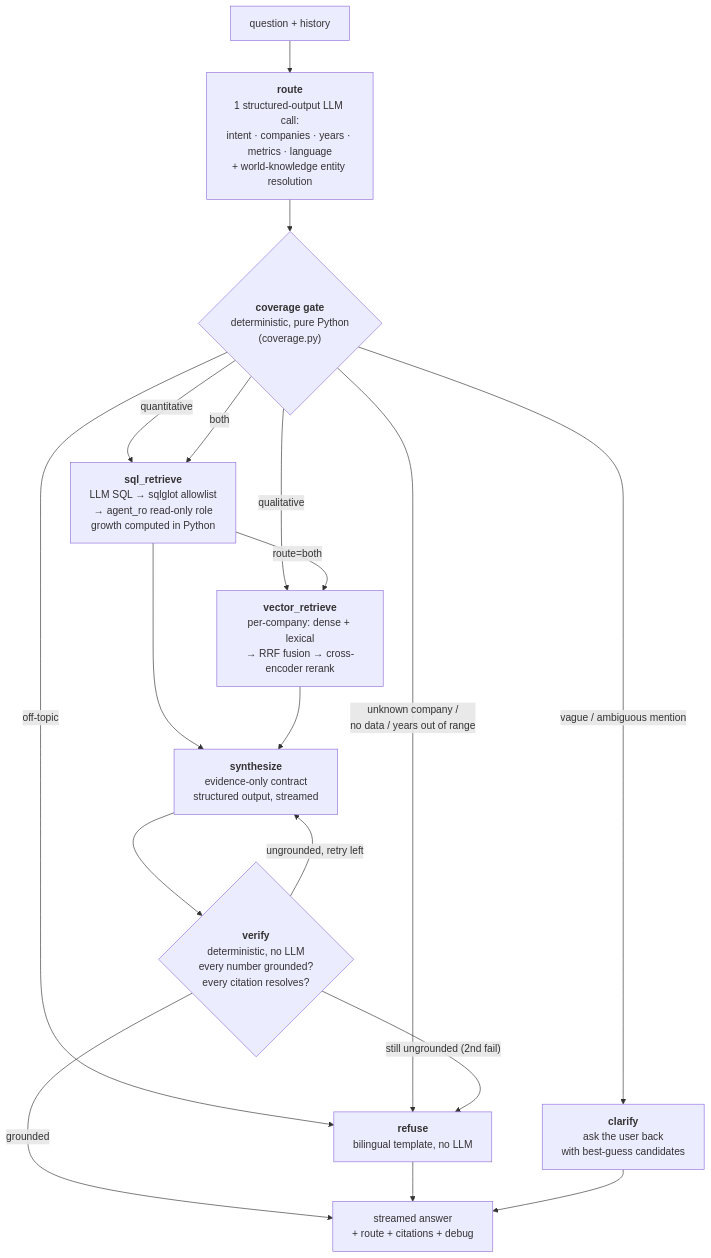
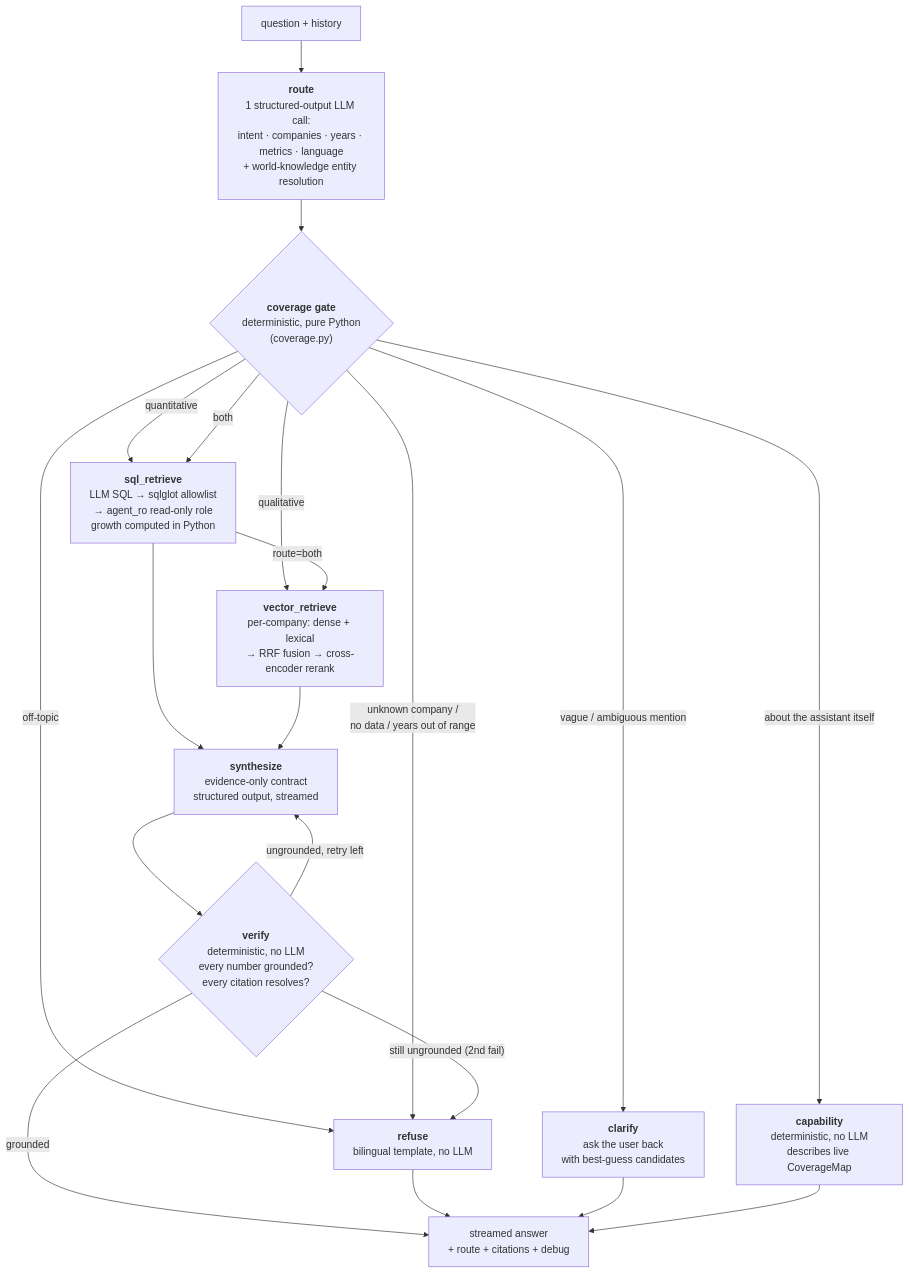
Before and after one commit to ougrid/smc-ai-eng: the diagram in README.md, drawn with Mermaid. The commit also changed other lines of this file and 2 other files, not shown here.

````diff
--- a/README.md
+++ b/README.md
@@ -90,20 +97,22 @@
 ```mermaid
 flowchart TD
     Q[question + history] --> R["<b>route</b><br/>1 structured-output LLM call:<br/>intent · companies · years · metrics · language<br/>+ world-knowledge entity resolution"]
     R --> G{"<b>coverage gate</b><br/>deterministic, pure Python<br/>(coverage.py)"}
     G -->|off-topic| REF["<b>refuse</b><br/>bilingual template, no LLM"]
     G -->|"unknown company /<br/>no data / years out of range"| REF
     G -->|"vague / ambiguous mention"| CL["<b>clarify</b><br/>ask the user back<br/>with best-guess candidates"]
+    G -->|"about the assistant itself"| CAP["<b>capability</b><br/>deterministic, no LLM<br/>describes live CoverageMap"]
     G -->|quantitative| SQLT["<b>sql_retrieve</b><br/>LLM SQL → sqlglot allowlist<br/>→ agent_ro read-only role<br/>growth computed in Python"]
     G -->|qualitative| VEC["<b>vector_retrieve</b><br/>per-company: dense + lexical<br/>→ RRF fusion → cross-encoder rerank"]
     G -->|both| SQLT
     SQLT -->|route=both| VEC
     SQLT --> S["<b>synthesize</b><br/>evidence-only contract<br/>structured output, streamed"]
     VEC --> S
     S --> V{"<b>verify</b><br/>deterministic, no LLM<br/>every number grounded?<br/>every citation resolves?"}
     V -->|grounded| A["streamed answer<br/>+ route + citations + debug"]
     V -->|"ungrounded, retry left"| S
     V -->|"still ungrounded (2nd fail)"| REF
     REF --> A
     CL --> A
+    CAP --> A
 ```
````
